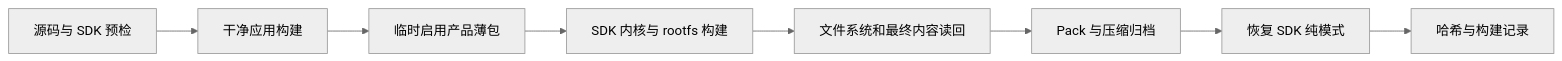
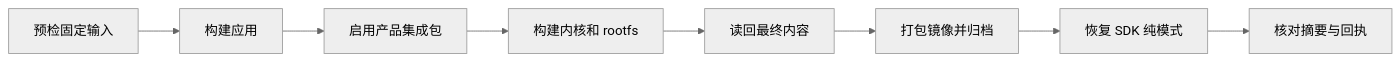
One commit to dshanpi/SmartDesktopMimi changed the diagram in docs/tutorial/build-system.md. Above: the diagram before and after it, drawn with Mermaid (neutral theme). The commit also changed other lines of this file and 34 other files, not shown here.

````diff
--- a/docs/tutorial/build-system.md
+++ b/docs/tutorial/build-system.md
@@ -30,10 +48,10 @@
 ```mermaid
 flowchart LR
-  Check[源码与 SDK 预检] --> Apps[干净应用构建]
-  Apps --> SDK[临时启用产品薄包]
-  SDK --> Build[SDK 内核与 rootfs 构建]
-  Build --> Readback[文件系统和最终内容读回]
-  Readback --> Pack[Pack 与压缩归档]
-  Pack --> Restore[恢复 SDK 纯模式]
-  Restore --> Record[哈希与构建记录]
+  Preflight[预检固定输入] --> Apps[构建应用]
+  Apps --> Integrate[启用产品集成包]
+  Integrate --> System[构建内核和 rootfs]
+  System --> Readback[读回最终内容]
+  Readback --> Package[打包镜像并归档]
+  Package --> Restore[恢复 SDK 纯模式]
+  Restore --> Record[核对摘要与回执]
 ```
````
